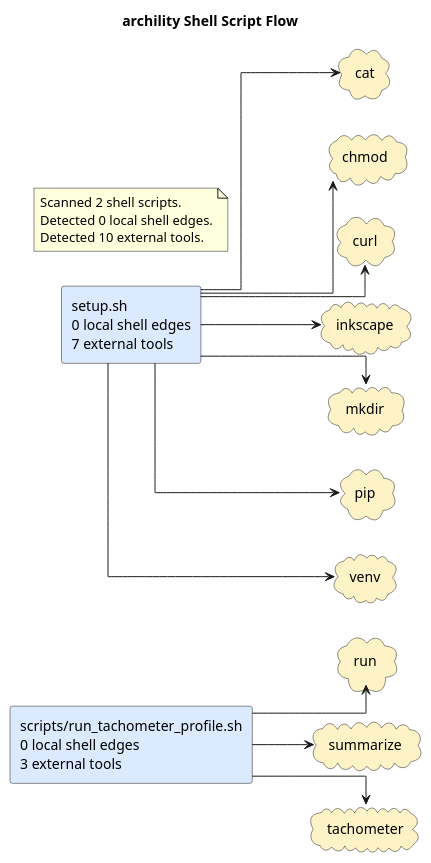
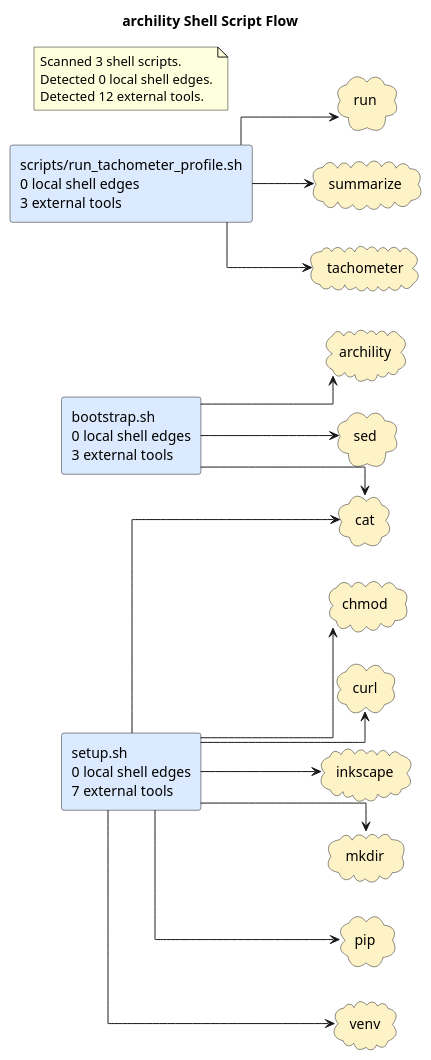
One commit to casonk/archility changed the diagram in docs/diagrams/shell-call-graph.puml. Above: the diagram before and after it, drawn with PlantUML. The commit also changed 6 other files, not shown here.

Commit message:
docs: refresh rendered diagrams (#11)

```diff
--- a/docs/diagrams/shell-call-graph.puml
+++ b/docs/diagrams/shell-call-graph.puml
@@ -1,35 +1,41 @@
 @startuml
 title archility Shell Script Flow
 left to right direction
 skinparam shadowing false
 skinparam defaultFontName Monospace
 skinparam componentStyle rectangle
 skinparam linetype ortho
+rectangle "bootstrap.sh\n0 local shell edges\n3 external tools" as shell_bootstrap_sh #DBEAFE
 rectangle "scripts/run_tachometer_profile.sh\n0 local shell edges\n3 external tools" as shell_scripts_run_tachometer_profile_sh #DBEAFE
 rectangle "setup.sh\n0 local shell edges\n7 external tools" as shell_setup_sh #DBEAFE
+cloud "archility" as tool_archility #FEF3C7
 cloud "cat" as tool_cat #FEF3C7
 cloud "chmod" as tool_chmod #FEF3C7
 cloud "curl" as tool_curl #FEF3C7
 cloud "inkscape" as tool_inkscape #FEF3C7
 cloud "mkdir" as tool_mkdir #FEF3C7
 cloud "pip" as tool_pip #FEF3C7
 cloud "run" as tool_run #FEF3C7
+cloud "sed" as tool_sed #FEF3C7
 cloud "summarize" as tool_summarize #FEF3C7
 cloud "tachometer" as tool_tachometer #FEF3C7
 cloud "venv" as tool_venv #FEF3C7
+shell_bootstrap_sh --> tool_archility
+shell_bootstrap_sh --> tool_cat
+shell_bootstrap_sh --> tool_sed
 shell_scripts_run_tachometer_profile_sh --> tool_run
 shell_scripts_run_tachometer_profile_sh --> tool_summarize
 shell_scripts_run_tachometer_profile_sh --> tool_tachometer
 shell_setup_sh --> tool_cat
 shell_setup_sh --> tool_chmod
 shell_setup_sh --> tool_curl
 shell_setup_sh --> tool_inkscape
 shell_setup_sh --> tool_mkdir
 shell_setup_sh --> tool_pip
 shell_setup_sh --> tool_venv
 note as shellGraphSummary
-Scanned 2 shell scripts.
+Scanned 3 shell scripts.
 Detected 0 local shell edges.
-Detected 10 external tools.
+Detected 12 external tools.
 end note
 @enduml
```
